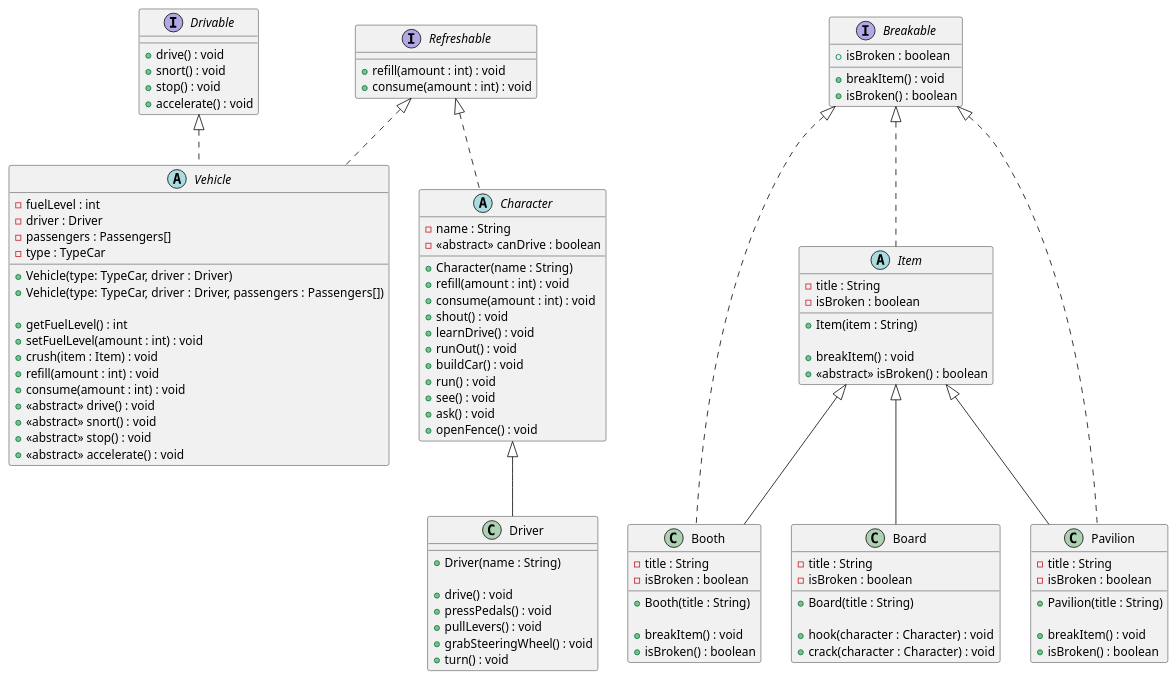
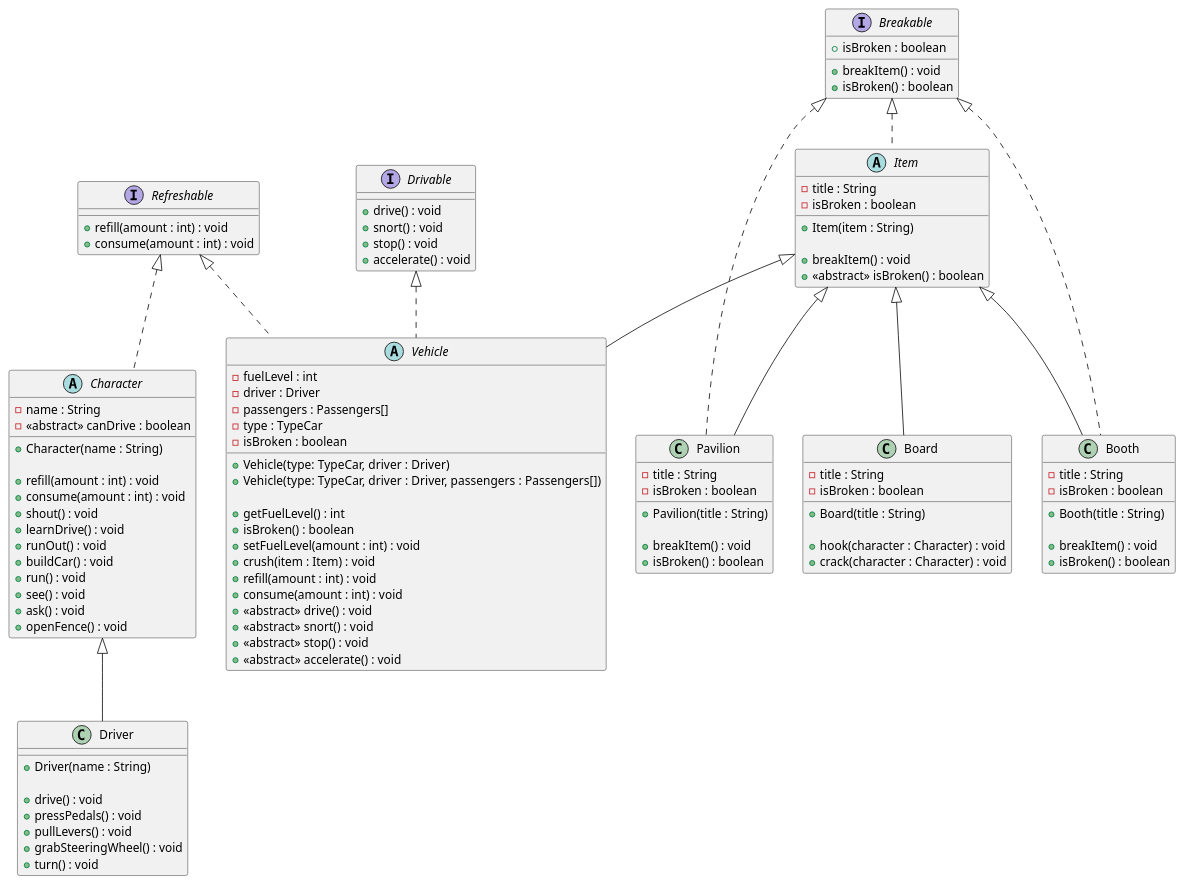
Before and after one commit to ArteMyasnik/ArteMyasnik_programming_laboratory_3: the diagram in laboratory3/project.puml, drawn with PlantUML.

Commit message:
UML diagram for laboratory

```diff
--- a/laboratory3/project.puml
+++ b/laboratory3/project.puml
@@ -1,185 +1,188 @@
 @startuml
 
 interface Drivable {
     + drive() : void
     + snort() : void
     + stop() : void
     + accelerate() : void
 }
 
 interface Refreshable {
     + refill(amount : int) : void
     + consume(amount : int) : void
 }
 
 interface Breakable {
     + isBroken : boolean
 
     + breakItem() : void
     + isBroken() : boolean
 }
 
 abstract class Item implements Breakable{
     - title : String
     - isBroken : boolean
 
     + Item(item : String)
 
     + breakItem() : void
     + <<abstract>> isBroken() : boolean
 }
 
 class Booth extends Item implements Breakable {
     - title : String
     - isBroken : boolean
 
     + Booth(title : String)
 
     + breakItem() : void
     + isBroken() : boolean
 }
 
 class Pavilion extends Item implements Breakable {
     - title : String
     - isBroken : boolean
 
     + Pavilion(title : String)
 
     + breakItem() : void
     + isBroken() : boolean
 }
 
 class Board extends Item {
     - title : String
     - isBroken : boolean
 
     + Board(title : String)
 
     + hook(character : Character) : void
     + crack(character : Character) : void
 }
 
-abstract class Vehicle implements Drivable, Refreshable{
+abstract class Vehicle extends Item implements Drivable, Refreshable{
     - fuelLevel : int
     - driver : Driver
     - passengers : Passengers[]
     - type : TypeCar
+    - isBroken : boolean
 
     + Vehicle(type: TypeCar, driver : Driver)
     + Vehicle(type: TypeCar, driver : Driver, passengers : Passengers[])
 
     + getFuelLevel() : int
+    + isBroken() : boolean
     + setFuelLevel(amount : int) : void
     + crush(item : Item) : void
     + refill(amount : int) : void
     + consume(amount : int) : void
     + <<abstract>> drive() : void
     + <<abstract>> snort() : void
     + <<abstract>> stop() : void
     + <<abstract>> accelerate() : void
 }
 
 abstract class Character implements Refreshable{
     - name : String
     - <<abstract>> canDrive : boolean
 
     + Character(name : String)
+
     + refill(amount : int) : void
     + consume(amount : int) : void
     + shout() : void
     + learnDrive() : void
     + runOut() : void
     + buildCar() : void
     + run() : void
     + see() : void
     + ask() : void
     + openFence() : void
 }
 
 class Driver extends Character {
     + Driver(name : String)
 
     + drive() : void
     + pressPedals() : void
     + pullLevers() : void
     + grabSteeringWheel() : void
     + turn() : void
 }
 
 
 
 
 
 
 
 
 
 
 
 
 
 
 
 
 
 
 
 
 
 
 
 
 
 
 
 
 
 
 
 
 
 
 
 'interface Drivable {
 '    + drive() : void
 '    + stop() : void
 '    + accelerate() : void
 '}
 '
 'interface Breakable {
 '    + breakObject() : void
 '    + isDestroyed() : boolean
 '}
 '
 'interface Refreshable {
 '    + refill() : void
 '    + consume(int amount) : boolean
 '}
 '
 'abstract class Character {
 '    + name : String
 '    + energy : int
 '    + <<abstract>> performAction() :  void
 '}
 '
 'class Driver extends Character implements Drivable {
 '    + canDrive() : boolean
 '    + drive() : void
 '    + stop() : void
 '    + accelerate() : void
 '    + performAction() : void
 '}
 '
 'abstract class Vehicle {
 '    + isPullLevers : boolean
 '    + isPressPedals : boolean
 '
 '    + <<abstract>> snort() : void
 '    + <<abstract>> drive() : void
 '    + crush(obj : String) : boolean
 '}
 'class Car extends Vehicle{
 '    + driver : Driver
 '
 '}
 @enduml
```
